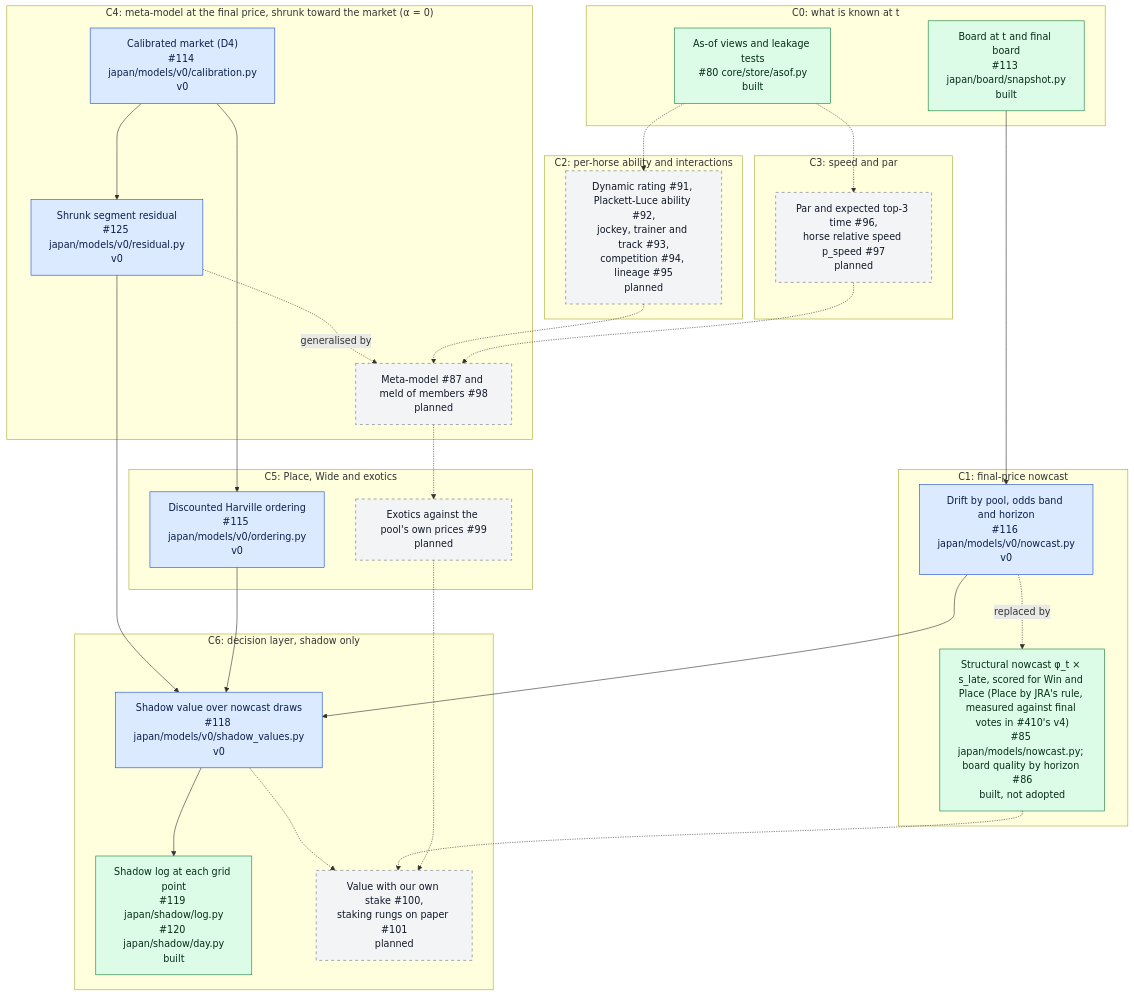
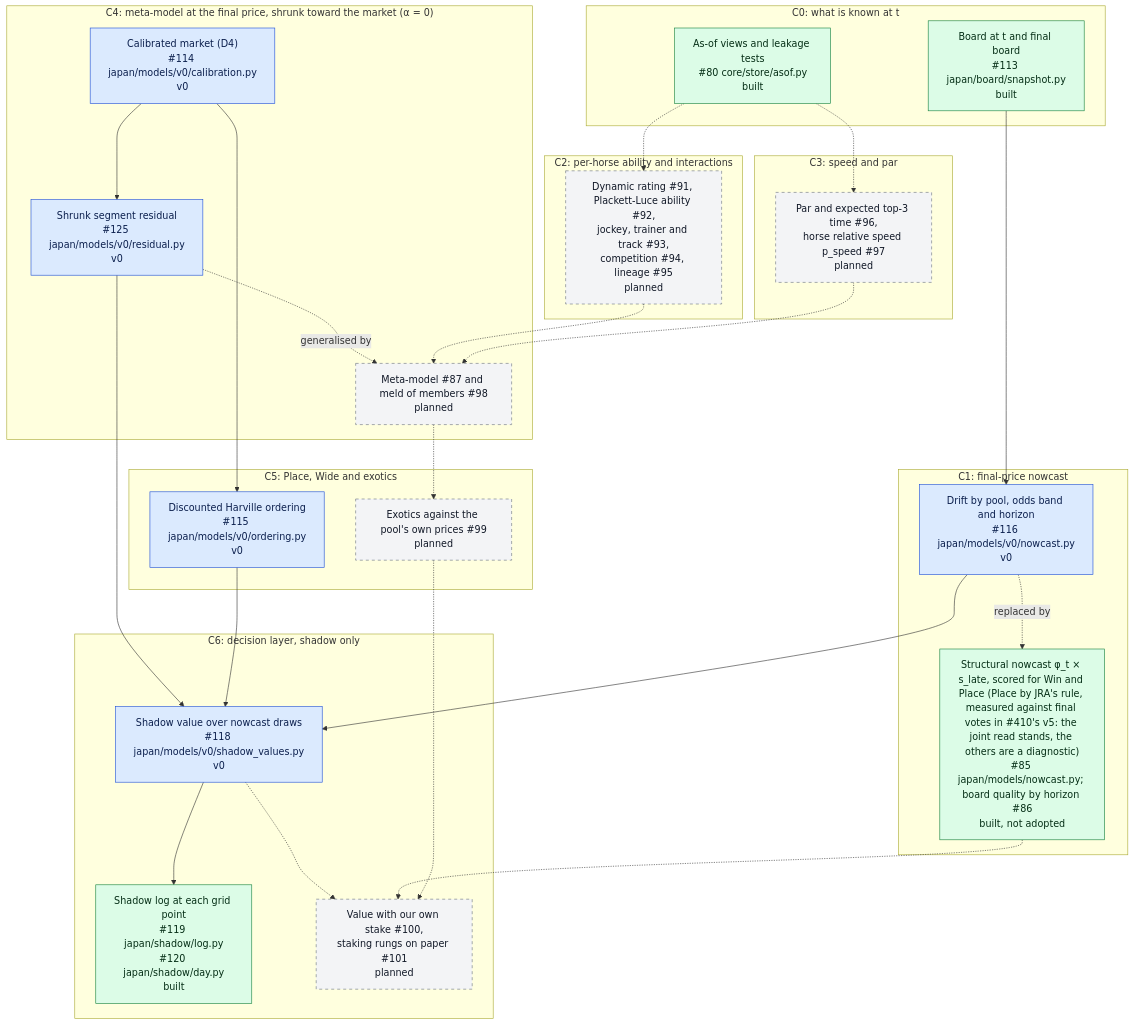
Before and after one commit to rjeskuri/HorseTrackBetting: the second of 6 diagrams in docs/modeling.md, drawn with Mermaid. The commit also changed 6 other files, not shown here.

First line of the commit message:
Report the v5 nowcast run and its Place verdict (#410)

````diff
--- a/docs/modeling.md
+++ b/docs/modeling.md
@@ -65,55 +65,55 @@
 ```mermaid
 flowchart TB
     subgraph L0["C0: what is known at t"]
         ASOF["As-of views and leakage tests<br/>#80 core/store/asof.py<br/>built"]
         BOARD["Board at t and final board<br/>#113 japan/board/snapshot.py<br/>built"]
     end
     subgraph L1["C1: final-price nowcast"]
         NC0["Drift by pool, odds band and horizon<br/>#116 japan/models/v0/nowcast.py<br/>v0"]
-        NC1["Structural nowcast φ_t × s_late, scored for Win and Place (Place by JRA's rule, measured against final votes in #410's v4)<br/>#85 japan/models/nowcast.py; board quality by horizon #86<br/>built, not adopted"]
+        NC1["Structural nowcast φ_t × s_late, scored for Win and Place (Place by JRA's rule, measured against final votes in #410's v5: the joint read stands, the others are a diagnostic)<br/>#85 japan/models/nowcast.py; board quality by horizon #86<br/>built, not adopted"]
     end
     subgraph L2["C2: per-horse ability and interactions"]
         ABIL["Dynamic rating #91, Plackett-Luce ability #92,<br/>jockey, trainer and track #93,<br/>competition #94, lineage #95<br/>planned"]
     end
     subgraph L3["C3: speed and par"]
         SPEED["Par and expected top-3 time #96,<br/>horse relative speed p_speed #97<br/>planned"]
     end
     subgraph L4["C4: meta-model at the final price, shrunk toward the market (α = 0)"]
         CAL["Calibrated market (D4)<br/>#114 japan/models/v0/calibration.py<br/>v0"]
         RES["Shrunk segment residual<br/>#125 japan/models/v0/residual.py<br/>v0"]
         META["Meta-model #87 and meld of members #98<br/>planned"]
     end
     subgraph L5["C5: Place, Wide and exotics"]
         ORD["Discounted Harville ordering<br/>#115 japan/models/v0/ordering.py<br/>v0"]
         EXO["Exotics against the pool's own prices #99<br/>planned"]
     end
     subgraph L6["C6: decision layer, shadow only"]
         SV["Shadow value over nowcast draws<br/>#118 japan/models/v0/shadow_values.py<br/>v0"]
         SLOG["Shadow log at each grid point<br/>#119 japan/shadow/log.py<br/>#120 japan/shadow/day.py<br/>built"]
         STAKE["Value with our own stake #100,<br/>staking rungs on paper #101<br/>planned"]
     end
     BOARD --> NC0
     NC0 -.->|"replaced by"| NC1
     ASOF -.-> ABIL
     ASOF -.-> SPEED
     CAL --> RES
     CAL --> ORD
     RES -.->|"generalised by"| META
     ABIL -.-> META
     SPEED -.-> META
     META -.-> EXO
     RES --> SV
     ORD --> SV
     NC0 --> SV
     SV --> SLOG
     SV -.-> STAKE
     NC1 -.-> STAKE
     EXO -.-> STAKE
 
     classDef v0 fill:#dbeafe,stroke:#1d4ed8,color:#0b1f4d
     classDef built fill:#dcfce7,stroke:#15803d,color:#052e16
     classDef planned fill:#f3f4f6,stroke:#6b7280,stroke-dasharray: 5 5,color:#111827
     class NC0,CAL,RES,ORD,SV v0
     class ASOF,BOARD,SLOG,NC1 built
     class ABIL,SPEED,META,EXO,STAKE planned
 ```
````
